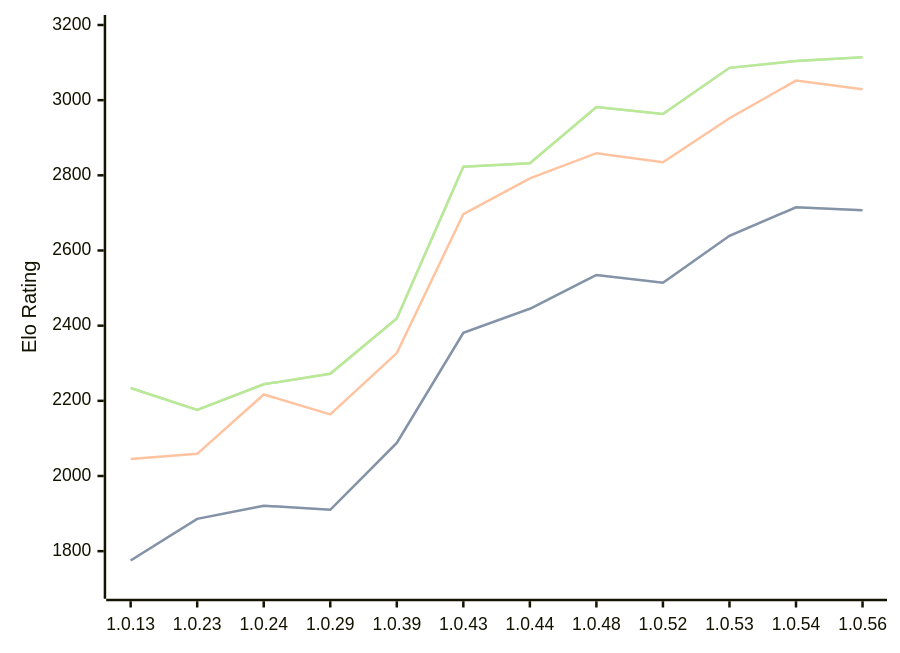
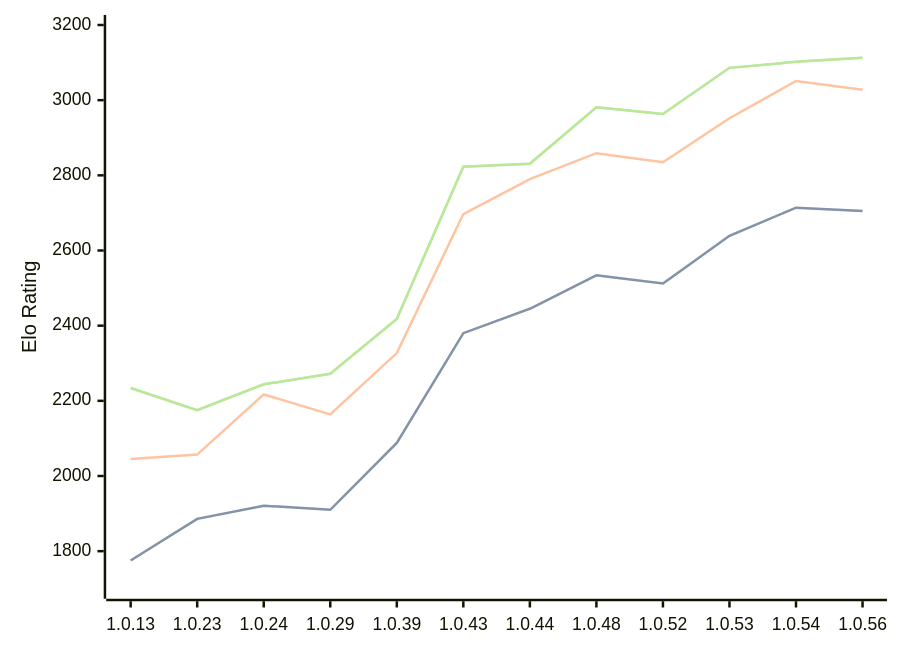
The diagram in engines/RustyRival.md (computer-chess-index/cci), drawn with Mermaid before and after one commit. The commit also changed other lines of this file, not shown here.

Commit message:
Update CCI Ratings (ELO VLTC) - 2026-10-01

````diff
--- a/engines/RustyRival.md
+++ b/engines/RustyRival.md
@@ -71,11 +72,11 @@
 ```mermaid
 %%{init: {"theme":"base","themeVariables":{"seriesColors:['#a3a3a3','#222221','#faa371']}}}%%
 xychart-beta
   x-axis ["1.0.13", "1.0.23", "1.0.24", "1.0.29", "1.0.39", "1.0.43", "1.0.44", "1.0.48", "1.0.52", "1.0.53", "1.0.54", "1.0.56"]
   y-axis "Elo Rating" 1700 --> 3200
-  line "" [1775, 1886, 1921, 1910, 2088, 2381, 2445, 2535, 2514, 2639, 2715, 2707]
-  line "STC (8.0+0.08s)" [1775, 1886, 1921, 1910, 2088, 2381, 2445, 2535, 2514, 2639, 2715, 2707]
-  line "LTC (60.0+0.60s)" [2045, 2059, 2217, 2164, 2327, 2697, 2792, 2859, 2835, 2952, 3052, 3029]
-  line "" [2234, 2176, 2244, 2272, 2419, 2823, 2832, 2982, 2963, 3086, 3104, 3114]
-  line "VLTC (2m24s+1.12s)" [2234, 2176, 2244, 2272, 2419, 2823, 2832, 2982, 2963, 3086, 3104, 3114]
+  line "" [1775, 1886, 1921, 1910, 2088, 2380, 2445, 2534, 2512, 2639, 2714, 2705]
+  line "STC (8.0+0.08s)" [1775, 1886, 1921, 1910, 2088, 2380, 2445, 2534, 2512, 2639, 2714, 2705]
+  line "LTC (60.0+0.60s)" [2045, 2057, 2217, 2164, 2327, 2697, 2790, 2859, 2835, 2952, 3051, 3028]
+  line "" [2234, 2175, 2244, 2272, 2418, 2823, 2831, 2981, 2963, 3086, 3102, 3113]
+  line "VLTC (2m24s+1.12s)" [2234, 2175, 2244, 2272, 2418, 2823, 2831, 2981, 2963, 3086, 3102, 3113]
 ```
````
